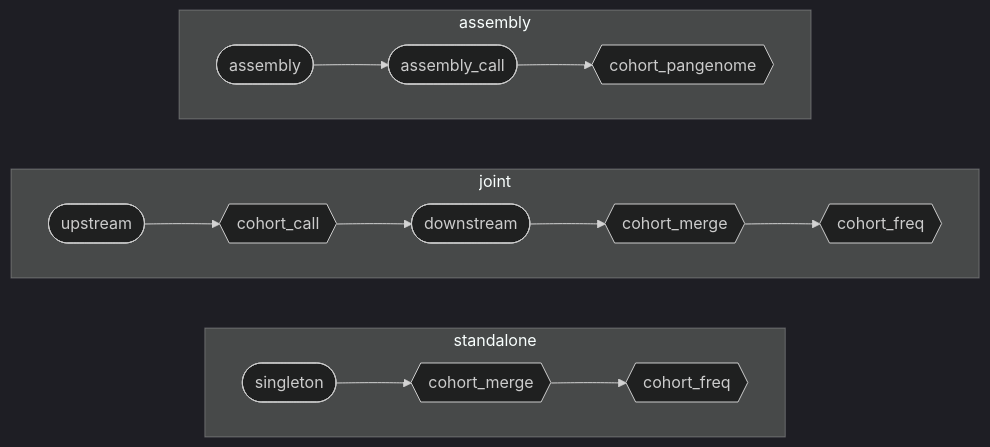
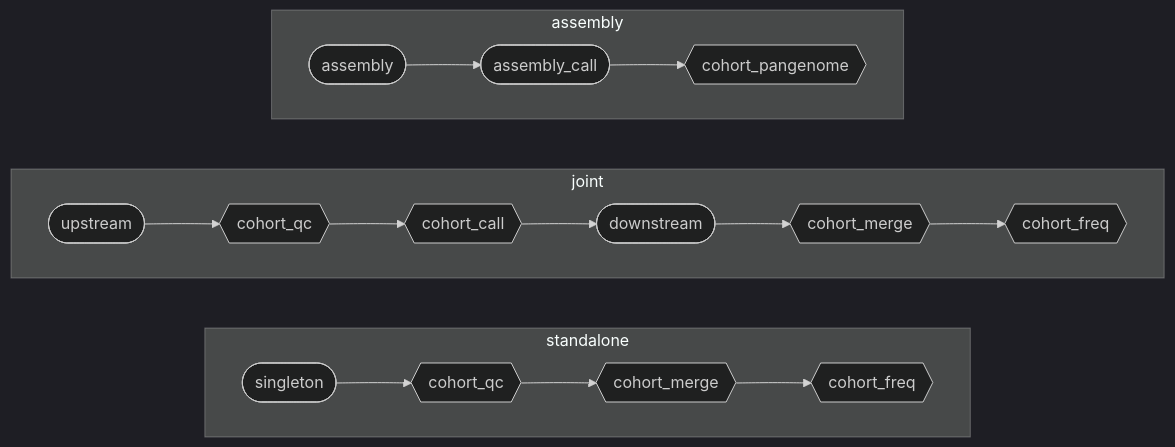
One commit to UppsalaGenomeCenter/ugc-wgw changed the diagram in docs/guide/01-overview.md. Above: the diagram before and after it, drawn with Mermaid (dark theme). The commit also changed other lines of this file and 73 other files, not shown here.

````diff
--- a/docs/guide/01-overview.md
+++ b/docs/guide/01-overview.md
@@ -39,15 +39,15 @@
 ```mermaid
 flowchart LR
   subgraph standalone
     direction LR
-    a1(["singleton"]) --> a2{{"cohort_merge"}} --> a3{{"cohort_freq"}}
+    a1(["singleton"]) --> a0{{"cohort_qc"}} --> a2{{"cohort_merge"}} --> a3{{"cohort_freq"}}
   end
   subgraph joint
     direction LR
-    b1(["upstream"]) --> b2{{"cohort_call"}} --> b3(["downstream"]) --> b4{{"cohort_merge"}} --> b5{{"cohort_freq"}}
+    b1(["upstream"]) --> b0{{"cohort_qc"}} --> b2{{"cohort_call"}} --> b3(["downstream"]) --> b4{{"cohort_merge"}} --> b5{{"cohort_freq"}}
   end
   subgraph assembly
     direction LR
     c1(["assembly"]) --> c2(["assembly_call"]) --> c3{{"cohort_pangenome"}}
   end
 ```
````
